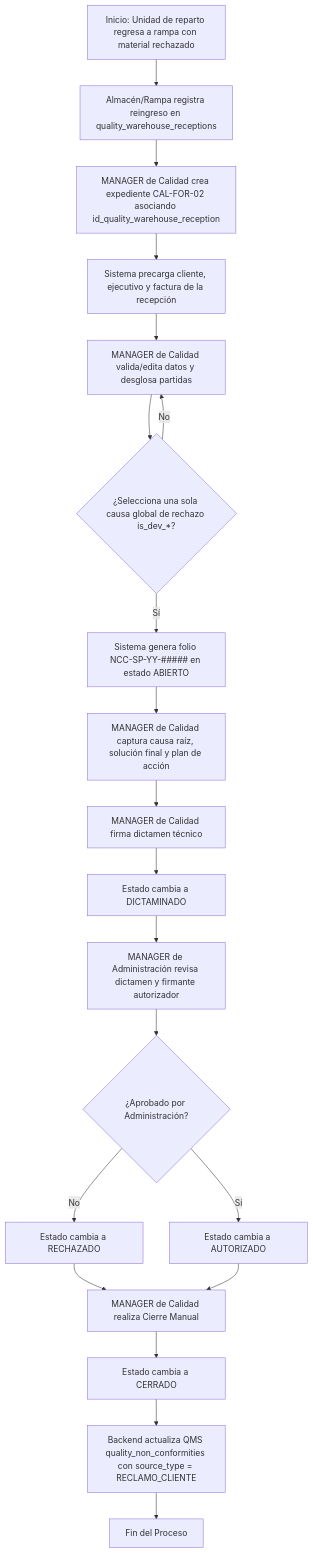
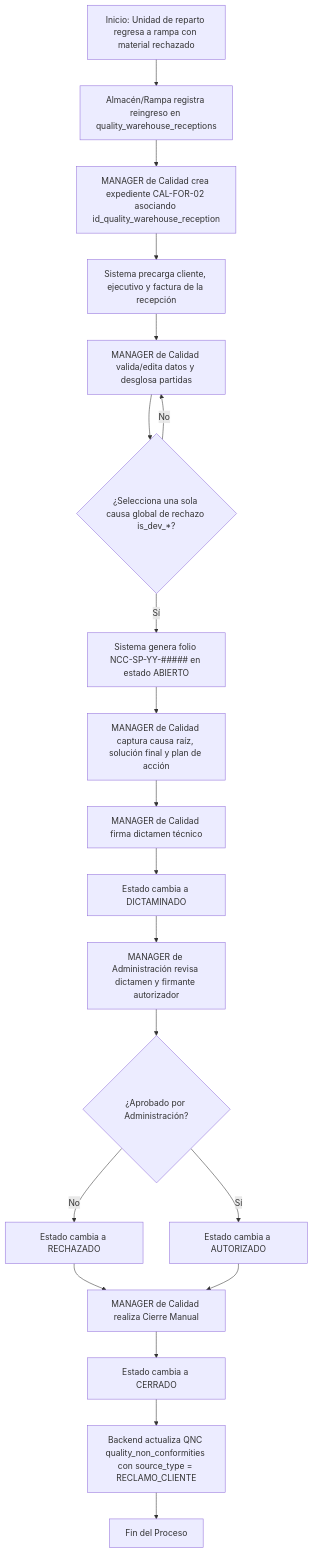
Before and after one commit to Automatizacion-KPC/KoonolApp: the second of 3 diagrams in docs/modules/product_rejection.md, drawn with Mermaid. The commit also changed other lines of this file, not shown here.

Commit message:
docs(cpr/docs): corregir siglas QMS por QNC, actualizar BR-CPR-02 BR-CPR-07 BR-CPR-10 y C.A 2.4 [chore]

````diff
--- a/docs/modules/product_rejection.md
+++ b/docs/modules/product_rejection.md
@@ -198,22 +198,22 @@
 ```mermaid
 graph TD
     A[Inicio: Unidad de reparto regresa a rampa con material rechazado] --> B[Almacén/Rampa registra reingreso en quality_warehouse_receptions]
     B --> C[MANAGER de Calidad crea expediente CAL-FOR-02 asociando id_quality_warehouse_reception]
     C --> D[Sistema precarga cliente, ejecutivo y factura de la recepción]
     D --> E[MANAGER de Calidad valida/edita datos y desglosa partidas]
     E --> F{¿Selecciona una sola causa global de rechazo is_dev_*?}
     F -- No --> E
     F -- Sí --> G[Sistema genera folio NCC-SP-YY-##### en estado ABIERTO]
     G --> H[MANAGER de Calidad captura causa raíz, solución final y plan de acción]
     H --> I[MANAGER de Calidad firma dictamen técnico]
     I --> J[Estado cambia a DICTAMINADO]
     J --> K[MANAGER de Administración revisa dictamen y firmante autorizador]
     K --> L{¿Aprobado por Administración?}
     L -- No --> M[Estado cambia a RECHAZADO]
     L -- Sí --> N[Estado cambia a AUTORIZADO]
     M --> O[MANAGER de Calidad realiza Cierre Manual]
     N --> O
     O --> P[Estado cambia a CERRADO]
-    P --> Q[Backend actualiza QMS quality_non_conformities con source_type = RECLAMO_CLIENTE]
+    P --> Q[Backend actualiza QNC quality_non_conformities con source_type = RECLAMO_CLIENTE]
     Q --> R[Fin del Proceso]
 ```
````
